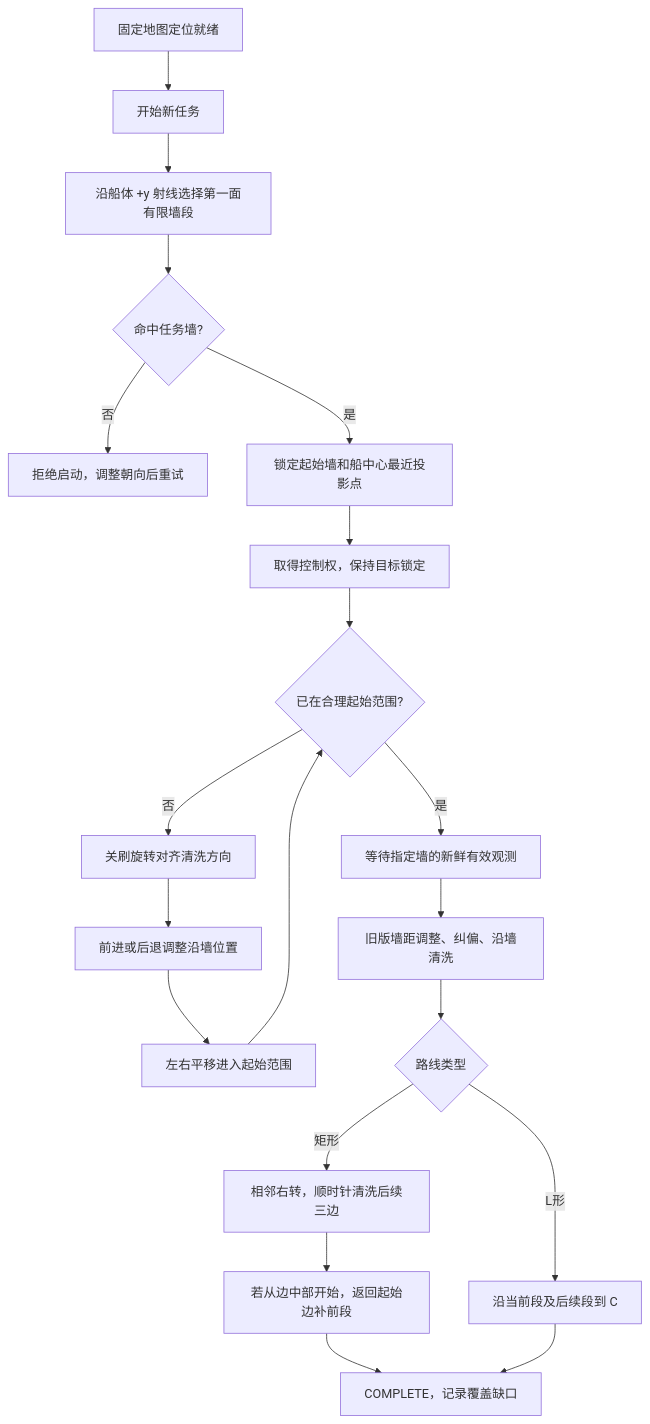
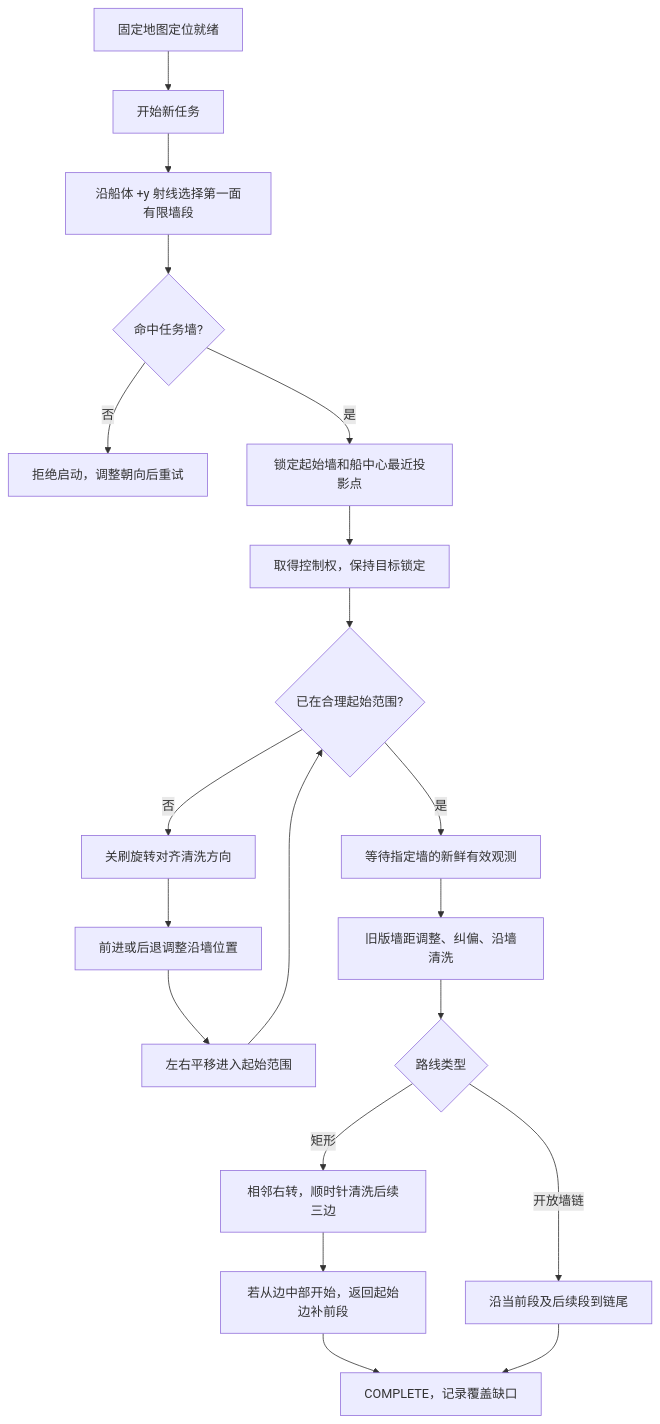
The first of 2 diagrams in docs/pool_cleaning/WALL_CLEANING_FLOW.md (YYYKblue/surface_robot), drawn with Mermaid before and after one commit. The commit also changed other lines of this file and 25 other files, not shown here.

````diff
--- a/docs/pool_cleaning/WALL_CLEANING_FLOW.md
+++ b/docs/pool_cleaning/WALL_CLEANING_FLOW.md
@@ -9,22 +11,22 @@
 ```mermaid
 flowchart TD
     LOC[固定地图定位就绪] --> START[开始新任务]
     START --> RAY[沿船体 +y 射线选择第一面有限墙段]
     RAY --> HIT{命中任务墙?}
     HIT -- 否 --> FAIL[拒绝启动，调整朝向后重试]
     HIT -- 是 --> LOCK[锁定起始墙和船中心最近投影点]
     LOCK --> LEASE[取得控制权，保持目标锁定]
     LEASE --> RANGE{已在合理起始范围?}
     RANGE -- 否 --> TURN[关刷旋转对齐清洗方向]
     TURN --> ALONG[前进或后退调整沿墙位置]
     ALONG --> SIDE[左右平移进入起始范围]
     SIDE --> RANGE
     RANGE -- 是 --> WALL[等待指定墙的新鲜有效观测]
     WALL --> OLD[旧版墙距调整、纠偏、沿墙清洗]
     OLD --> TYPE{路线类型}
     TYPE -- 矩形 --> RECT[相邻右转，顺时针清洗后续三边]
     RECT --> PREFIX[若从边中部开始，返回起始边补前段]
     PREFIX --> DONE[COMPLETE，记录覆盖缺口]
-    TYPE -- L形 --> L[沿当前段及后续段到 C]
+    TYPE -- 开放墙链 --> L[沿当前段及后续段到链尾]
     L --> DONE
 ```
````
